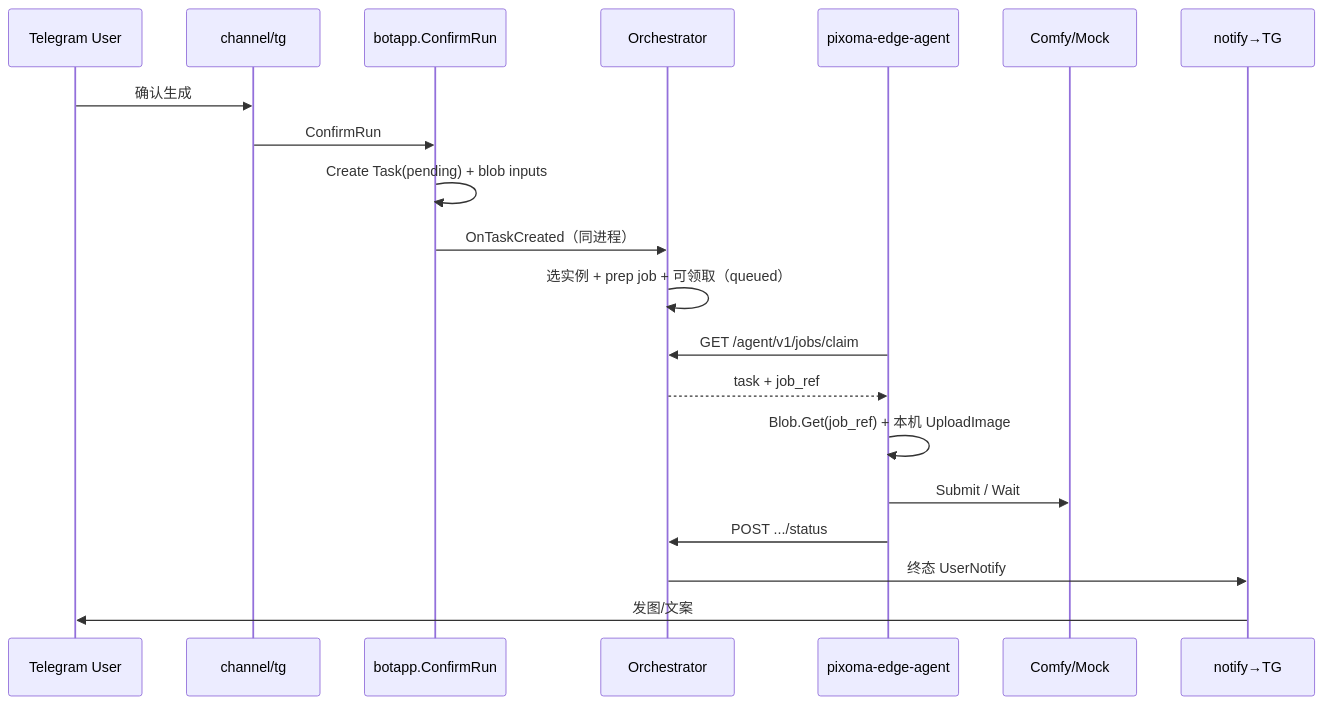
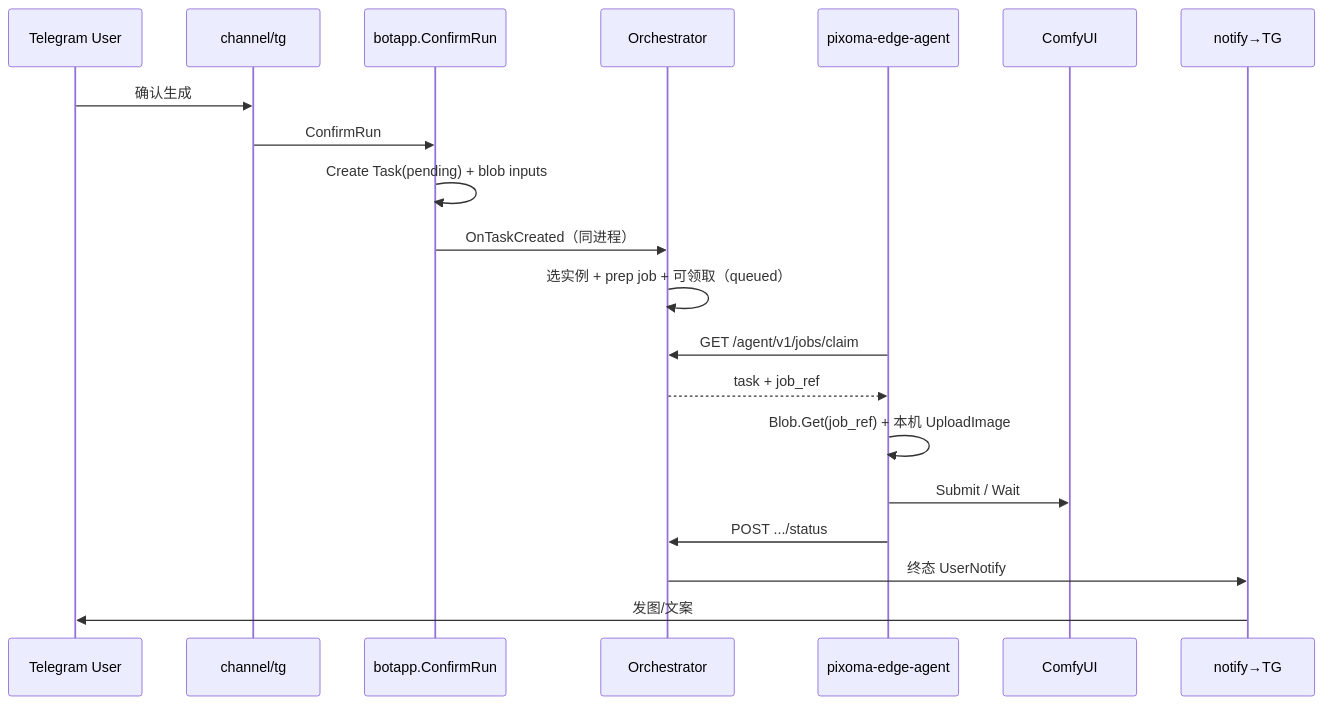
The first of 2 diagrams in docs/architecture/runtime.md (Mr9esx/Pixoma), drawn with Mermaid before and after one commit. The commit also changed other lines of this file and 84 other files, not shown here.

````diff
--- a/docs/architecture/runtime.md
+++ b/docs/architecture/runtime.md
@@ -9,23 +9,23 @@
 ```mermaid
 sequenceDiagram
   participant U as Telegram User
   participant TG as channel/tg
   participant APP as botapp.ConfirmRun
   participant O as Orchestrator
   participant E as pixoma-edge-agent
-  participant C as Comfy/Mock
+  participant C as ComfyUI
   participant N as notify→TG
 
   U->>TG: 确认生成
   TG->>APP: ConfirmRun
   APP->>APP: Create Task(pending) + blob inputs
   APP->>O: OnTaskCreated（同进程）
   O->>O: 选实例 + prep job + 可领取（queued）
   E->>O: GET /agent/v1/jobs/claim
   O-->>E: task + job_ref
   E->>E: Blob.Get(job_ref) + 本机 UploadImage
   E->>C: Submit / Wait
   E->>O: POST .../status
   O->>N: 终态 UserNotify
   N->>U: 发图/文案
 ```
````
